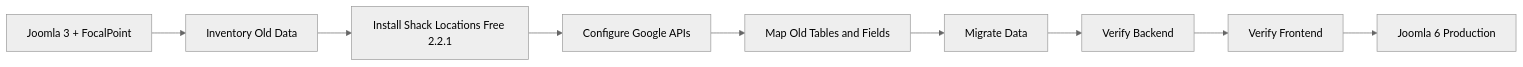
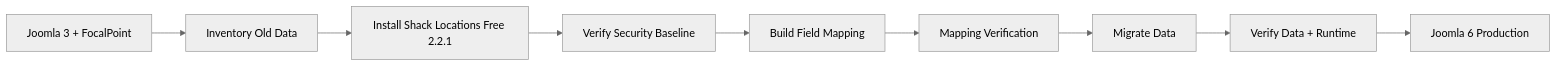
The first of 7 diagrams in docs/joomla/learning/3rd-extensions/shack-locations-free-2-2-1-installation-configuration-guide.md (duyduyly/php-notebook), drawn with Mermaid (neutral theme) before and after one commit. The commit also changed other lines of this file, not shown here.

Commit message:
docs: add Shack Locations security assessment

````diff
--- a/docs/joomla/learning/3rd-extensions/shack-locations-free-2-2-1-installation-configuration-guide.md
+++ b/docs/joomla/learning/3rd-extensions/shack-locations-free-2-2-1-installation-configuration-guide.md
@@ -67,11 +65,11 @@
 ```mermaid
 flowchart LR
     A[Joomla 3 + FocalPoint] --> B[Inventory Old Data]
     B --> C[Install Shack Locations Free 2.2.1]
-    C --> D[Configure Google APIs]
-    D --> E[Map Old Tables and Fields]
-    E --> F[Migrate Data]
-    F --> G[Verify Backend]
-    G --> H[Verify Frontend]
+    C --> D[Verify Security Baseline]
+    D --> E[Build Field Mapping]
+    E --> F[Mapping Verification]
+    F --> G[Migrate Data]
+    G --> H[Verify Data + Runtime]
     H --> I[Joomla 6 Production]
 ```
````
